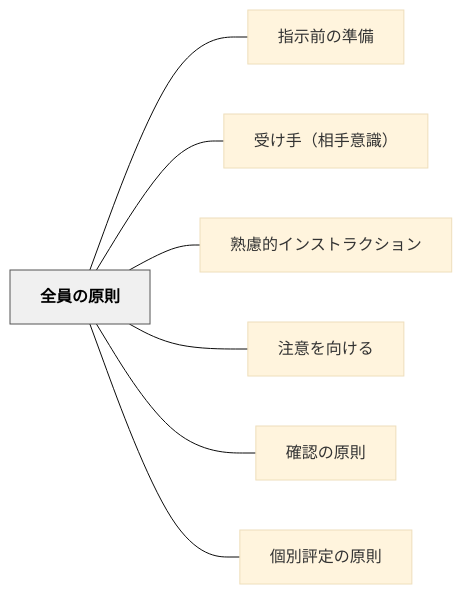
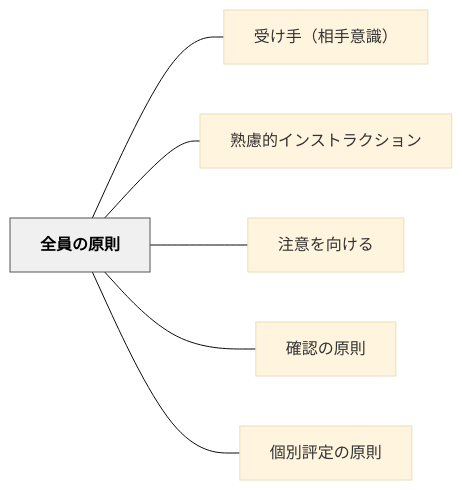
One commit to unknownthings-ed-patterns/unknownthings-ed-patterns changed the diagram in content/パタン/全員の原則.md. Above: the diagram before and after it, drawn with Mermaid (base theme). The commit also changed other lines of this file and 41 other files, not shown here.

````diff
--- a/content/パタン/全員の原則.md
+++ b/content/パタン/全員の原則.md
@@ -36,20 +38,18 @@
 ```mermaid
 flowchart LR
     ne585a8e593a1e381aee58e9fe58987["全員の原則"]
-    ne68c87e7a4bae5898de381aee6ba96e58299["指示前の準備"]
     ne58f97e38191e6898befbc88e79bb8e6898be6848fe8ad98efbc89["受け手（相手意識）"]
     ne7869fe685aee79a84e382a4e383b3e382b9e38388e383a9e382afe382b7e383a7e383b3["熟慮的インストラクション"]
     ne6b3a8e6848fe38292e59091e38191e3828b["注意を向ける"]
     ne7a2bae8aa8de381aee58e9fe58987["確認の原則"]
     ne5808be588a5e8a995e5ae9ae381aee58e9fe58987["個別評定の原則"]
 
-    ne585a8e593a1e381aee58e9fe58987 --- ne68c87e7a4bae5898de381aee6ba96e58299
     ne585a8e593a1e381aee58e9fe58987 --- ne58f97e38191e6898befbc88e79bb8e6898be6848fe8ad98efbc89
     ne585a8e593a1e381aee58e9fe58987 --- ne7869fe685aee79a84e382a4e383b3e382b9e38388e383a9e382afe382b7e383a7e383b3
     ne585a8e593a1e381aee58e9fe58987 --- ne6b3a8e6848fe38292e59091e38191e3828b
     ne585a8e593a1e381aee58e9fe58987 --- ne7a2bae8aa8de381aee58e9fe58987
     ne585a8e593a1e381aee58e9fe58987 --- ne5808be588a5e8a995e5ae9ae381aee58e9fe58987
 
     classDef hub fill:#f0f0f0,stroke:#555,color:#000,font-weight:bold
     class ne585a8e593a1e381aee58e9fe58987 hub
 ```
````
